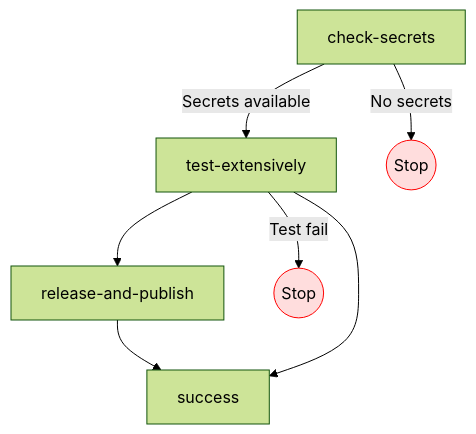
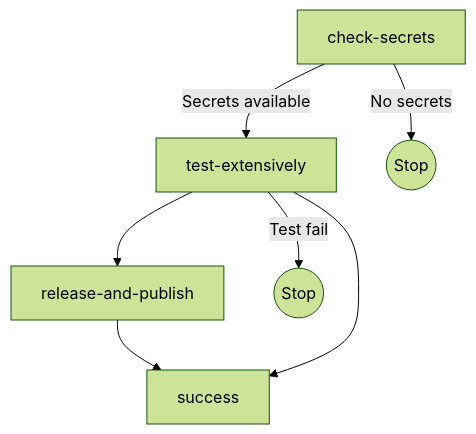
Before and after one commit to mini-roostico/subjekt-doc: the first of 4 diagrams in Writerside/topics/DevOps.md, drawn with Mermaid (forest theme).

Commit message:
fix: removed style inside diagram

````diff
--- a/Writerside/topics/DevOps.md
+++ b/Writerside/topics/DevOps.md
@@ -25,14 +25,11 @@
 ```mermaid
 graph TD;
   check-secrets -->|Secrets available| test-extensively;
   check-secrets -->|No secrets| stop1((Stop));
   
   test-extensively --> release-and-publish;
   test-extensively --> |Test fail| stop2((Stop))
   
   release-and-publish --> success;
   test-extensively --> success;
-  
-  style stop1 fill:#fdd,stroke:#f00;
-  style stop2 fill:#fdd,stroke:#f00;
 ```
````
